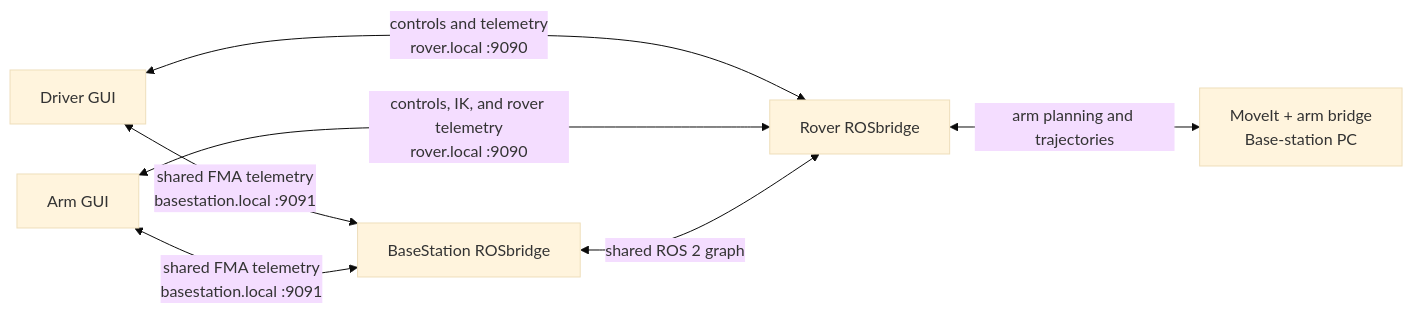
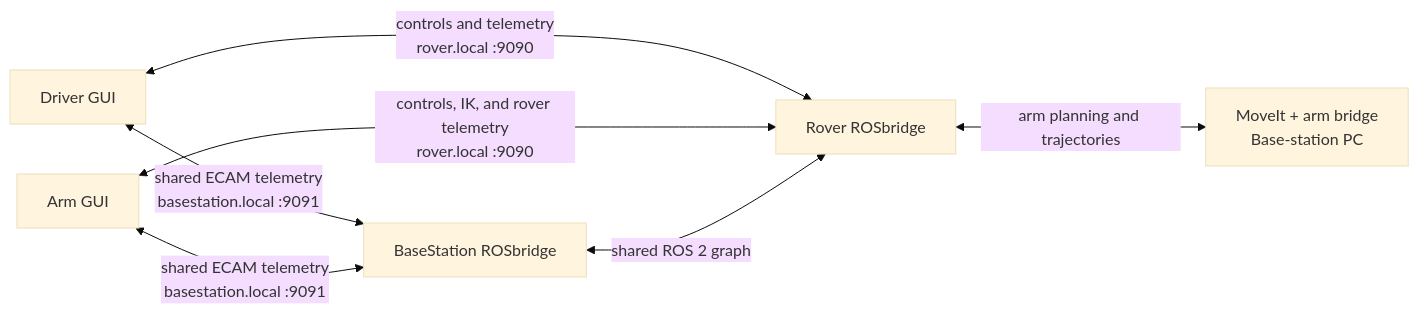
Before and after one commit to deakin-robotics/Chasmata-2027: the first of 2 diagrams in basestation/README.md, drawn with Mermaid (base theme). The commit also changed other lines of this file and 10 other files, not shown here.

Commit message:
Use Rover directly for FMA telemetry

````diff
--- a/basestation/README.md
+++ b/basestation/README.md
@@ -49,9 +50,9 @@
 ```mermaid
 flowchart LR
     driver["Driver GUI"] <-->|"controls and telemetry\nrover.local :9090"| rover["Rover ROSbridge"]
     arm["Arm GUI"] <-->|"controls, IK, and rover telemetry\nrover.local :9090"| rover
-    driver <-->|"shared FMA telemetry\nbasestation.local :9091"| baseBridge["BaseStation ROSbridge"]
-    arm <-->|"shared FMA telemetry\nbasestation.local :9091"| baseBridge
+    driver <-->|"shared ECAM telemetry\nbasestation.local :9091"| baseBridge["BaseStation ROSbridge"]
+    arm <-->|"shared ECAM telemetry\nbasestation.local :9091"| baseBridge
     rover <-->|"arm planning and trajectories"| moveit["MoveIt + arm bridge\nBase-station PC"]
     baseBridge <-->|"shared ROS 2 graph"| rover
 ```
````
